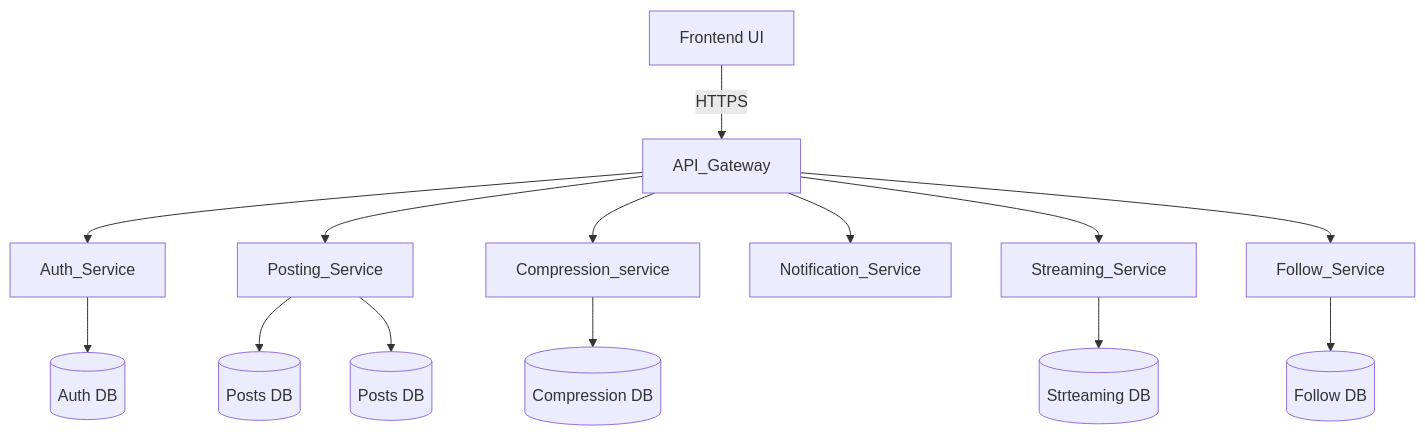
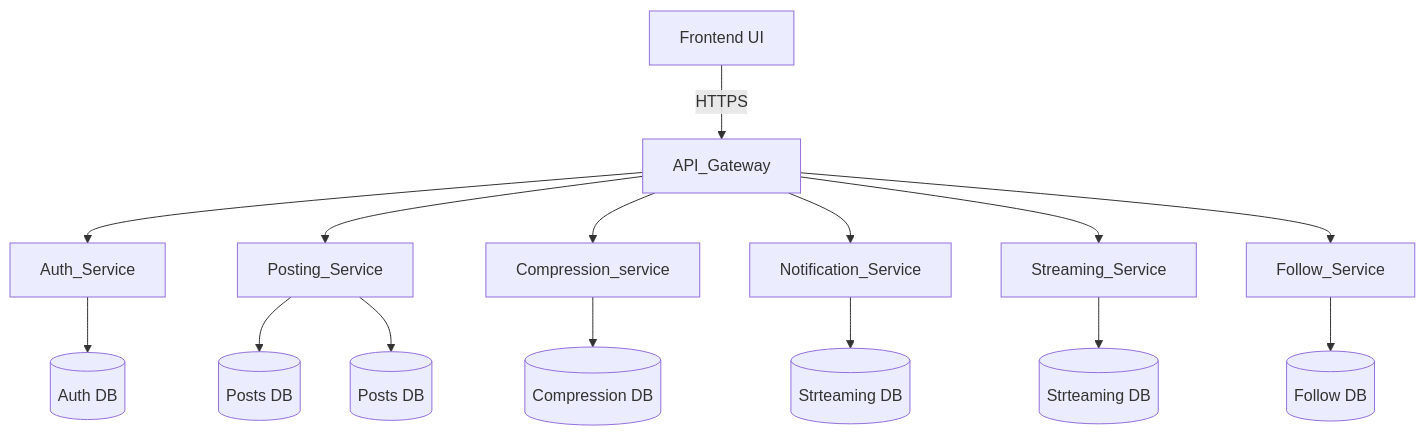
One commit to Hritik-choukikar/Hritik-choukikar changed the diagram in README.md. Above: the diagram before and after it, drawn with Mermaid. The commit also changed other lines of this file, not shown here.

````diff
--- a/README.md
+++ b/README.md
@@ -33,16 +33,17 @@
 ```mermaid
 graph TD
     User[Frontend UI] -->|HTTPS| API_Gateway
     API_Gateway --> Auth_Service
     API_Gateway --> Posting_Service
     API_Gateway --> Compression_service
     API_Gateway --> Notification_Service
     API_Gateway --> Streaming_Service
     API_Gateway --> Follow_Service
     Auth_Service --> DB[(Auth DB)]
     Follow_Service --> DB2[(Follow DB)]
     Posting_Service --> DB3[(Posts DB)]
     Compression_service --> DB4[(Compression DB)]
     Streaming_Service --> DB5[(Strteaming DB)]
     Posting_Service --> DB6[(Posts DB)]
+    Notification_Service --> DB7[(Strteaming DB)]
 ```
````
